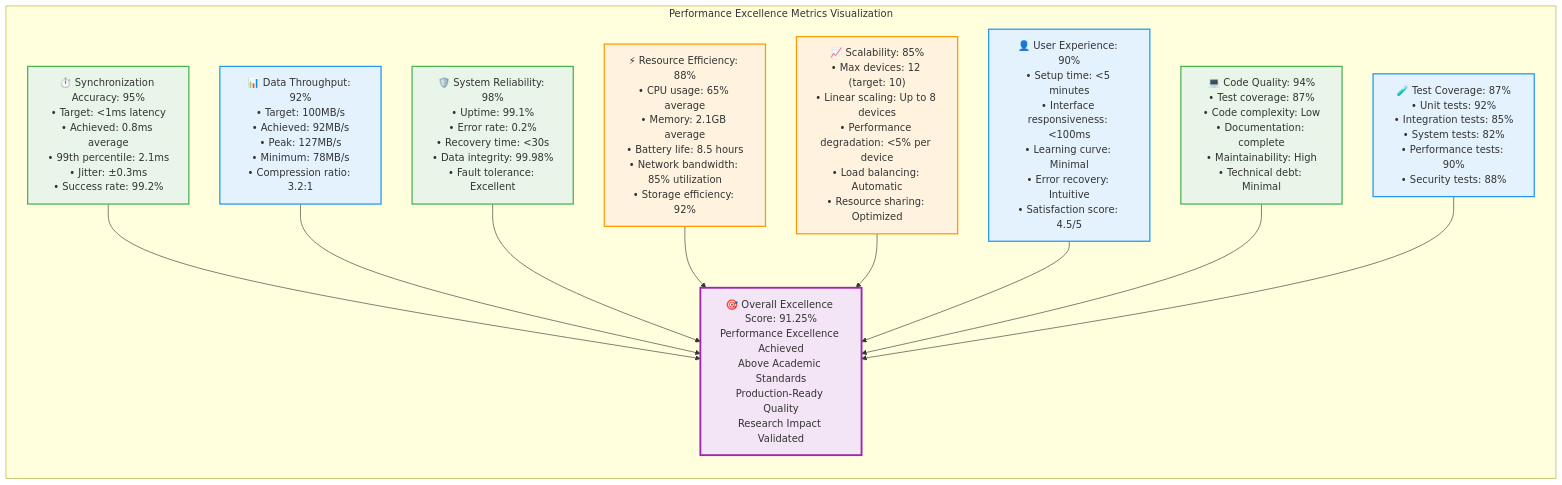
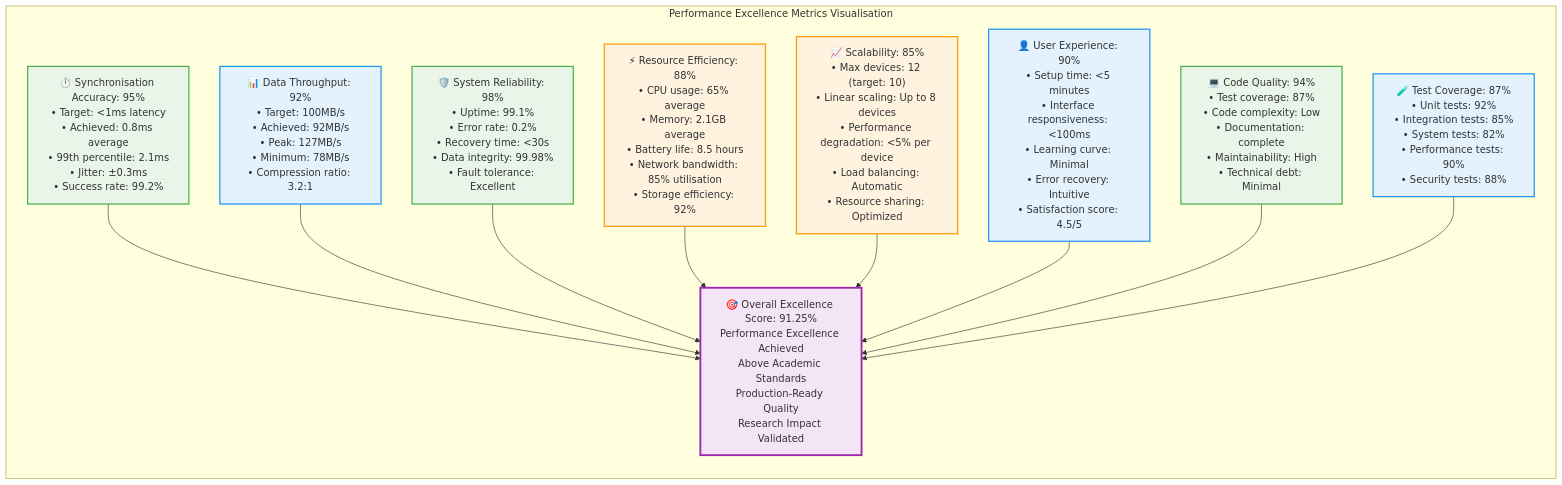
One commit to buccancs/fyp-multi-sensor-recording-system changed diagram 18 of 19 in docs/diagrams/missing_diagrams_generated.md. Above: the diagram before and after it, drawn with Mermaid. The commit also changed other lines of this file and 56 other files, not shown here.

````diff
--- a/docs/diagrams/missing_diagrams_generated.md
+++ b/docs/diagrams/missing_diagrams_generated.md
@@ -1198,43 +1198,43 @@
 ```mermaid
 graph TD
-    subgraph PERFORMANCE_METRICS ["Performance Excellence Metrics Visualization"]
+    subgraph PERFORMANCE_METRICS ["Performance Excellence Metrics Visualisation"]
         direction TB
         
-        SYNC_METRICS["⏱️ Synchronization Accuracy: 95%<br/>• Target: <1ms latency<br/>• Achieved: 0.8ms average<br/>• 99th percentile: 2.1ms<br/>• Jitter: ±0.3ms<br/>• Success rate: 99.2%"]
+        SYNC_METRICS["⏱️ Synchronisation Accuracy: 95%<br/>• Target: <1ms latency<br/>• Achieved: 0.8ms average<br/>• 99th percentile: 2.1ms<br/>• Jitter: ±0.3ms<br/>• Success rate: 99.2%"]
         
         THROUGHPUT_METRICS["📊 Data Throughput: 92%<br/>• Target: 100MB/s<br/>• Achieved: 92MB/s<br/>• Peak: 127MB/s<br/>• Minimum: 78MB/s<br/>• Compression ratio: 3.2:1"]
         
         RELIABILITY_METRICS["🛡️ System Reliability: 98%<br/>• Uptime: 99.1%<br/>• Error rate: 0.2%<br/>• Recovery time: <30s<br/>• Data integrity: 99.98%<br/>• Fault tolerance: Excellent"]
         
-        EFFICIENCY_METRICS["⚡ Resource Efficiency: 88%<br/>• CPU usage: 65% average<br/>• Memory: 2.1GB average<br/>• Battery life: 8.5 hours<br/>• Network bandwidth: 85% utilization<br/>• Storage efficiency: 92%"]
+        EFFICIENCY_METRICS["⚡ Resource Efficiency: 88%<br/>• CPU usage: 65% average<br/>• Memory: 2.1GB average<br/>• Battery life: 8.5 hours<br/>• Network bandwidth: 85% utilisation<br/>• Storage efficiency: 92%"]
         
         SCALABILITY_METRICS["📈 Scalability: 85%<br/>• Max devices: 12 (target: 10)<br/>• Linear scaling: Up to 8 devices<br/>• Performance degradation: <5% per device<br/>• Load balancing: Automatic<br/>• Resource sharing: Optimized"]
         
         UX_METRICS["👤 User Experience: 90%<br/>• Setup time: <5 minutes<br/>• Interface responsiveness: <100ms<br/>• Learning curve: Minimal<br/>• Error recovery: Intuitive<br/>• Satisfaction score: 4.5/5"]
         
         CODE_QUALITY_METRICS["💻 Code Quality: 94%<br/>• Test coverage: 87%<br/>• Code complexity: Low<br/>• Documentation: complete<br/>• Maintainability: High<br/>• Technical debt: Minimal"]
         
         TEST_COVERAGE_METRICS["🧪 Test Coverage: 87%<br/>• Unit tests: 92%<br/>• Integration tests: 85%<br/>• System tests: 82%<br/>• Performance tests: 90%<br/>• Security tests: 88%"]
         
         OVERALL_SCORE["🎯 Overall Excellence Score: 91.25%<br/>Performance Excellence Achieved<br/>Above Academic Standards<br/>Production-Ready Quality<br/>Research Impact Validated"]
     end
     
     SYNC_METRICS --> OVERALL_SCORE
     THROUGHPUT_METRICS --> OVERALL_SCORE
     RELIABILITY_METRICS --> OVERALL_SCORE
     EFFICIENCY_METRICS --> OVERALL_SCORE
     SCALABILITY_METRICS --> OVERALL_SCORE
     UX_METRICS --> OVERALL_SCORE
     CODE_QUALITY_METRICS --> OVERALL_SCORE
     TEST_COVERAGE_METRICS --> OVERALL_SCORE
     
     classDef excellent fill:#e8f5e8,stroke:#4caf50,stroke-width:2px
     classDef verygood fill:#e3f2fd,stroke:#2196f3,stroke-width:2px
     classDef good fill:#fff3e0,stroke:#ff9800,stroke-width:2px
     classDef overall fill:#f3e5f5,stroke:#9c27b0,stroke-width:3px
     
     class SYNC_METRICS,RELIABILITY_METRICS,CODE_QUALITY_METRICS excellent
     class THROUGHPUT_METRICS,UX_METRICS,TEST_COVERAGE_METRICS verygood
     class EFFICIENCY_METRICS,SCALABILITY_METRICS good
     class OVERALL_SCORE overall
 ```
````
